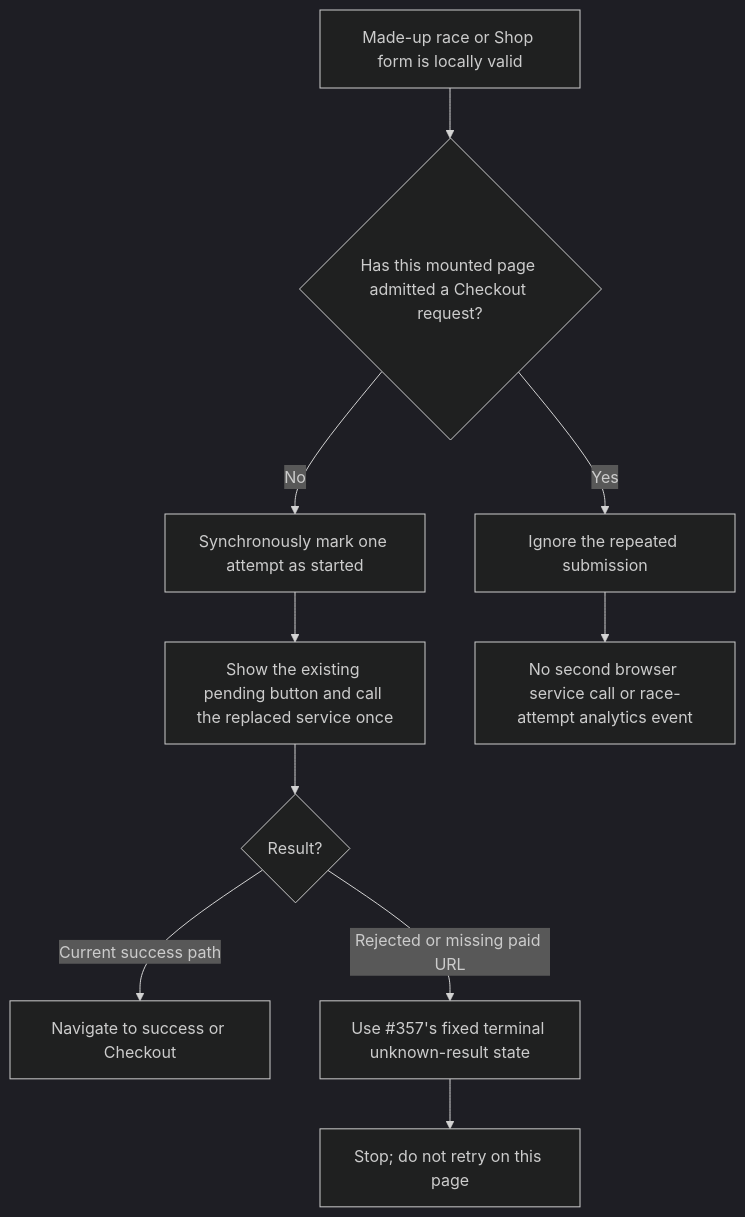
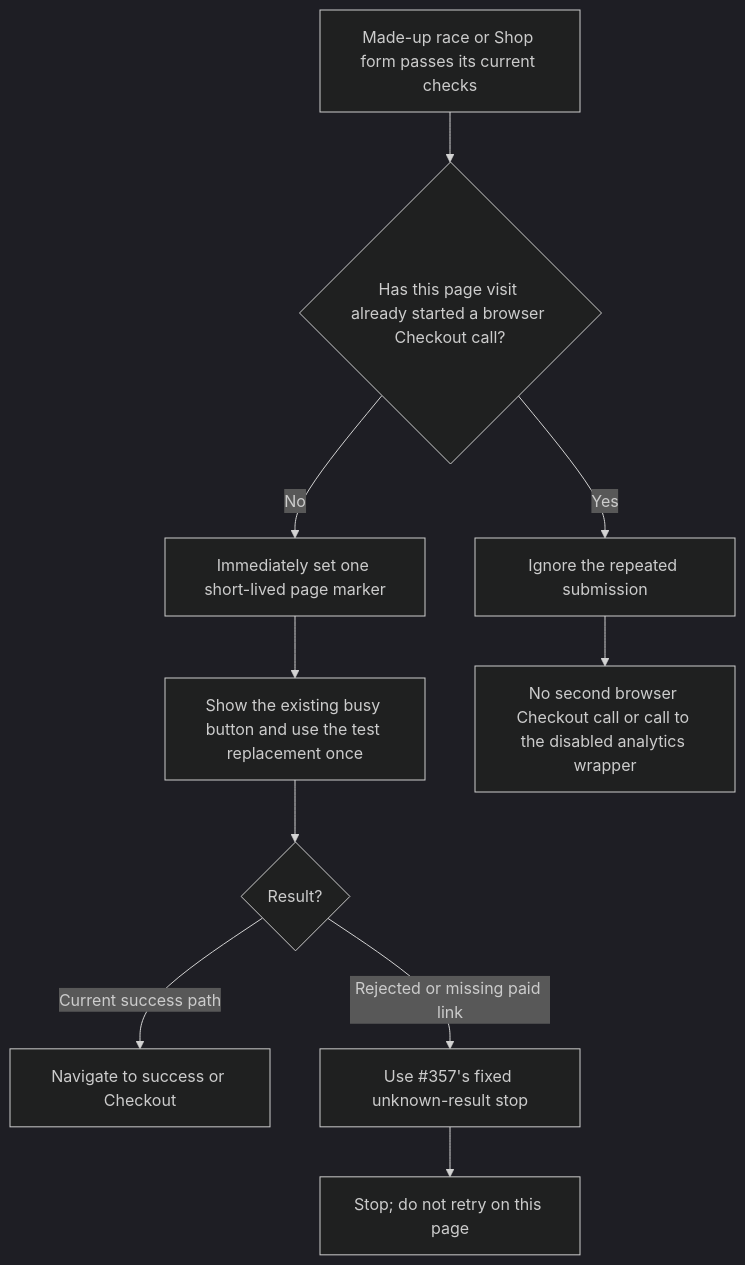
One commit to Run-MPRC/Run-MPRC.github.io changed diagram 14 of 50 in docs/officers/EVENTS_SHOP_MEMBERS.md. Above: the diagram before and after it, drawn with Mermaid (dark theme). The commit also changed other lines of this file, not shown here.

Commit message:
docs: clarify public checkout officer review

````diff
--- a/docs/officers/EVENTS_SHOP_MEMBERS.md
+++ b/docs/officers/EVENTS_SHOP_MEMBERS.md
@@ -784,12 +784,12 @@
 ```mermaid
 flowchart TD
-    A["Made-up race or Shop form is locally valid"] --> B{"Has this mounted page admitted a Checkout request?"}
+    A["Made-up race or Shop form passes its current checks"] --> B{"Has this page visit already started a browser Checkout call?"}
     B -- "Yes" --> C["Ignore the repeated submission"]
-    B -- "No" --> D["Synchronously mark one attempt as started"]
-    D --> E["Show the existing pending button and call the replaced service once"]
+    B -- "No" --> D["Immediately set one short-lived page marker"]
+    D --> E["Show the existing busy button and use the test replacement once"]
     E --> F{"Result?"}
     F -- "Current success path" --> G["Navigate to success or Checkout"]
-    F -- "Rejected or missing paid URL" --> H["Use #357's fixed terminal unknown-result state"]
-    C --> I["No second browser service call or race-attempt analytics event"]
+    F -- "Rejected or missing paid link" --> H["Use #357's fixed unknown-result stop"]
+    C --> I["No second browser Checkout call or call to the disabled analytics wrapper"]
     H --> J["Stop; do not retry on this page"]
 ```
````
